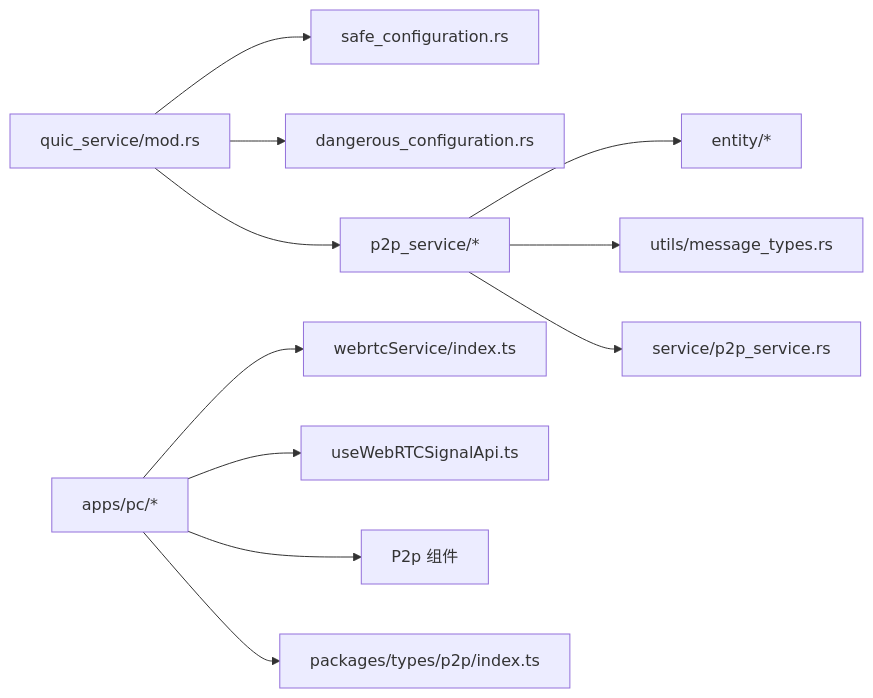
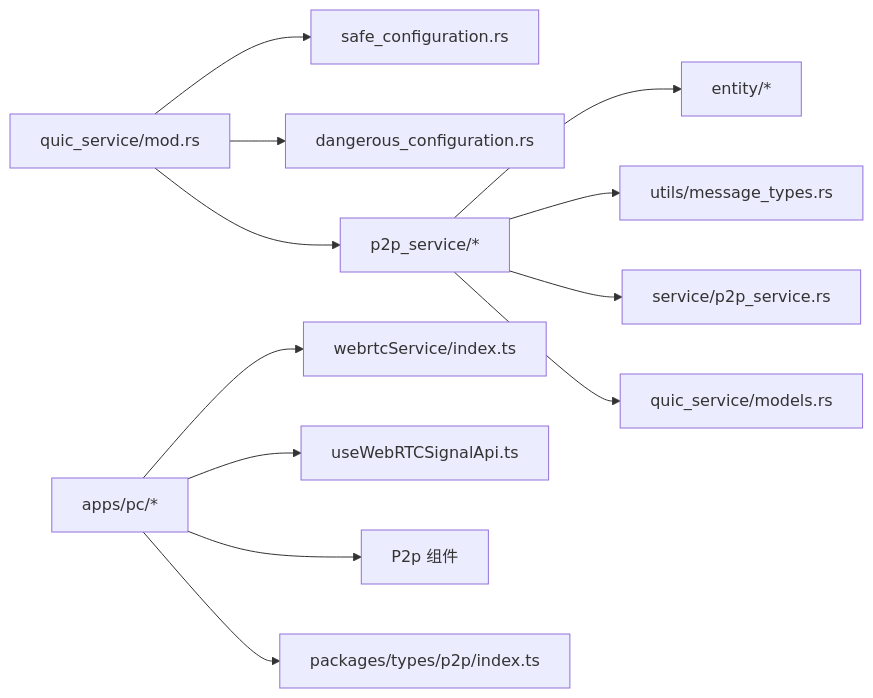
Diagram 13 of 13 in .qoder/repowiki/zh/content/网络通信/网络通信.md (nicolastinger/only-talk-app), drawn with Mermaid before and after one commit. The commit also changed other lines of this file and 17 other files, not shown here.

````diff
--- a/.qoder/repowiki/zh/content/网络通信/网络通信.md
+++ b/.qoder/repowiki/zh/content/网络通信/网络通信.md
@@ -541,13 +587,14 @@
 ```mermaid
 graph LR
 QMod["quic_service/mod.rs"] --> SafeCfg["safe_configuration.rs"]
 QMod --> DngCfg["dangerous_configuration.rs"]
 QMod --> P2P["p2p_service/*"]
 P2P --> Ent["entity/*"]
 P2P --> Msg["utils/message_types.rs"]
 P2P --> FileSvc["service/p2p_service.rs"]
+P2P --> Models["quic_service/models.rs"]
 FE["apps/pc/*"] --> WRS["webrtcService/index.ts"]
 FE --> Hook["useWebRTCSignalApi.ts"]
 FE --> P2PComp["P2p 组件"]
 FE --> P2PTypes["packages/types/p2p/index.ts"]
 ```
````
